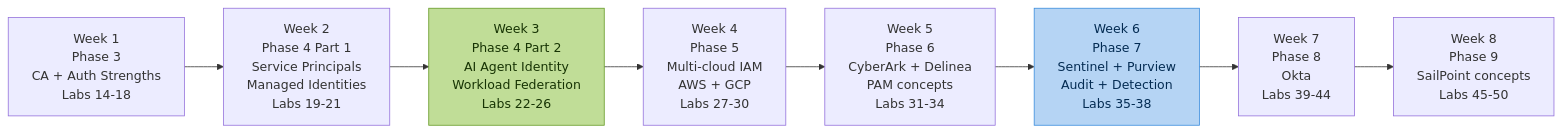
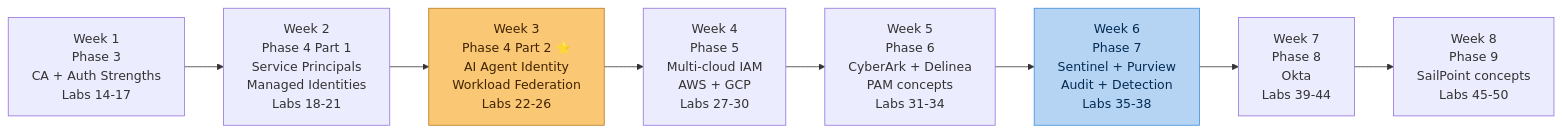
One commit to iam-kamran/Identity-and-Access-Management-Vendor-Neutral-Labs changed diagram 16 of 16 in 02-Enterprise-IAM-Lab-Curriculum.md. Above: the diagram before and after it, drawn with Mermaid. The commit also changed other lines of this file, not shown here.

````diff
--- a/02-Enterprise-IAM-Lab-Curriculum.md
+++ b/02-Enterprise-IAM-Lab-Curriculum.md
@@ -3917,14 +2934,14 @@
 ```mermaid
 graph LR
-    W1["Week 1\nPhase 3\nCA + Auth Strengths\nLabs 14-18"] --> W2
-    W2["Week 2\nPhase 4 Part 1\nService Principals\nManaged Identities\nLabs 19-21"] --> W3
-    W3["Week 3\nPhase 4 Part 2\nAI Agent Identity\nWorkload Federation\nLabs 22-26"] --> W4
+    W1["Week 1\nPhase 3\nCA + Auth Strengths\nLabs 14-17"] --> W2
+    W2["Week 2\nPhase 4 Part 1\nService Principals\nManaged Identities\nLabs 18-21"] --> W3
+    W3["Week 3\nPhase 4 Part 2 ⭐\nAI Agent Identity\nWorkload Federation\nLabs 22-26"] --> W4
     W4["Week 4\nPhase 5\nMulti-cloud IAM\nAWS + GCP\nLabs 27-30"] --> W5
     W5["Week 5\nPhase 6\nCyberArk + Delinea\nPAM concepts\nLabs 31-34"] --> W6
     W6["Week 6\nPhase 7\nSentinel + Purview\nAudit + Detection\nLabs 35-38"] --> W7
     W7["Week 7\nPhase 8\nOkta\nLabs 39-44"] --> W8
     W8["Week 8\nPhase 9\nSailPoint concepts\nLabs 45-50"]
 
-    style W3 fill:#C0DD97,stroke:#639922,color:#173404
+    style W3 fill:#FAC775,stroke:#BA7517,color:#412402
     style W6 fill:#B5D4F4,stroke:#378ADD,color:#042C53
 ```
````
